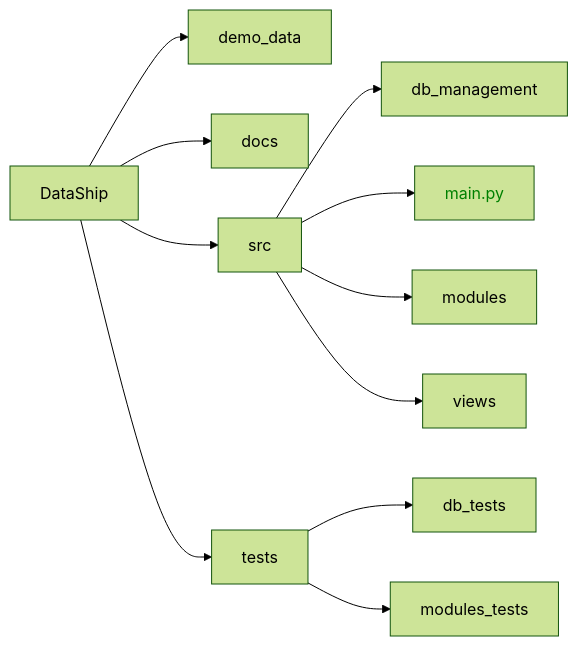
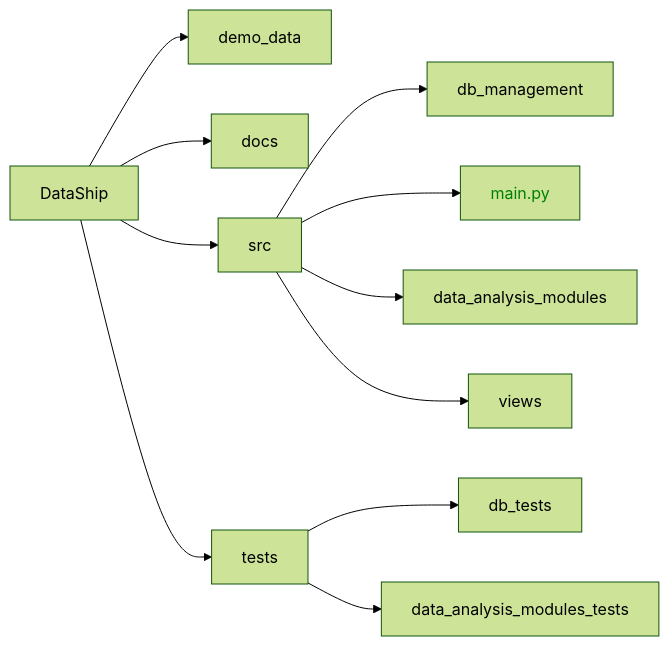
Before and after one commit to AgustinZavalaA/DataShip: the diagram in README.md, drawn with Mermaid (forest theme). The commit also changed other lines of this file, not shown here.

````diff
--- a/README.md
+++ b/README.md
@@ -25,19 +10,18 @@
 ```mermaid
 graph LR;
 DataShip --> demo_data
 
 DataShip --> docs
 
 DataShip --> src
 src --> db_management
 src --> main.py
-src --> modules
+src --> data_analysis_modules
 src --> views
 
 DataShip--> tests
 tests --> db_tests
-tests --> modules_tests
+tests --> data_analysis_modules_tests
 
 style main.py color:green;
-
 ```
````
